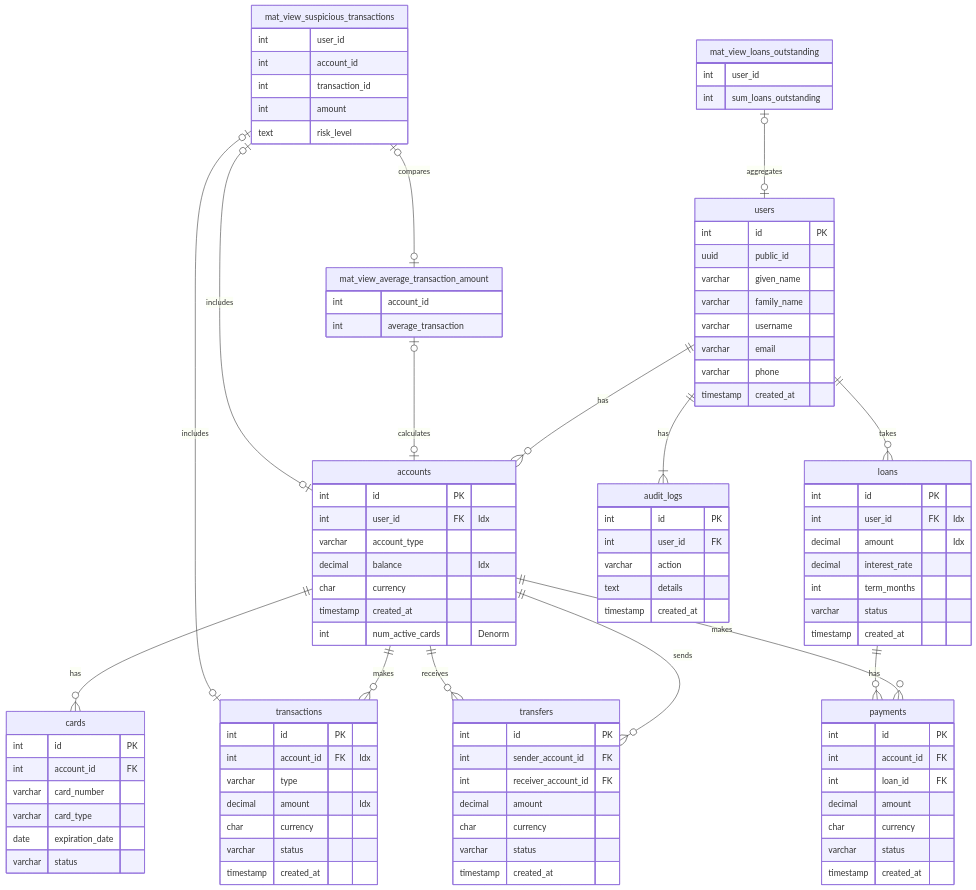
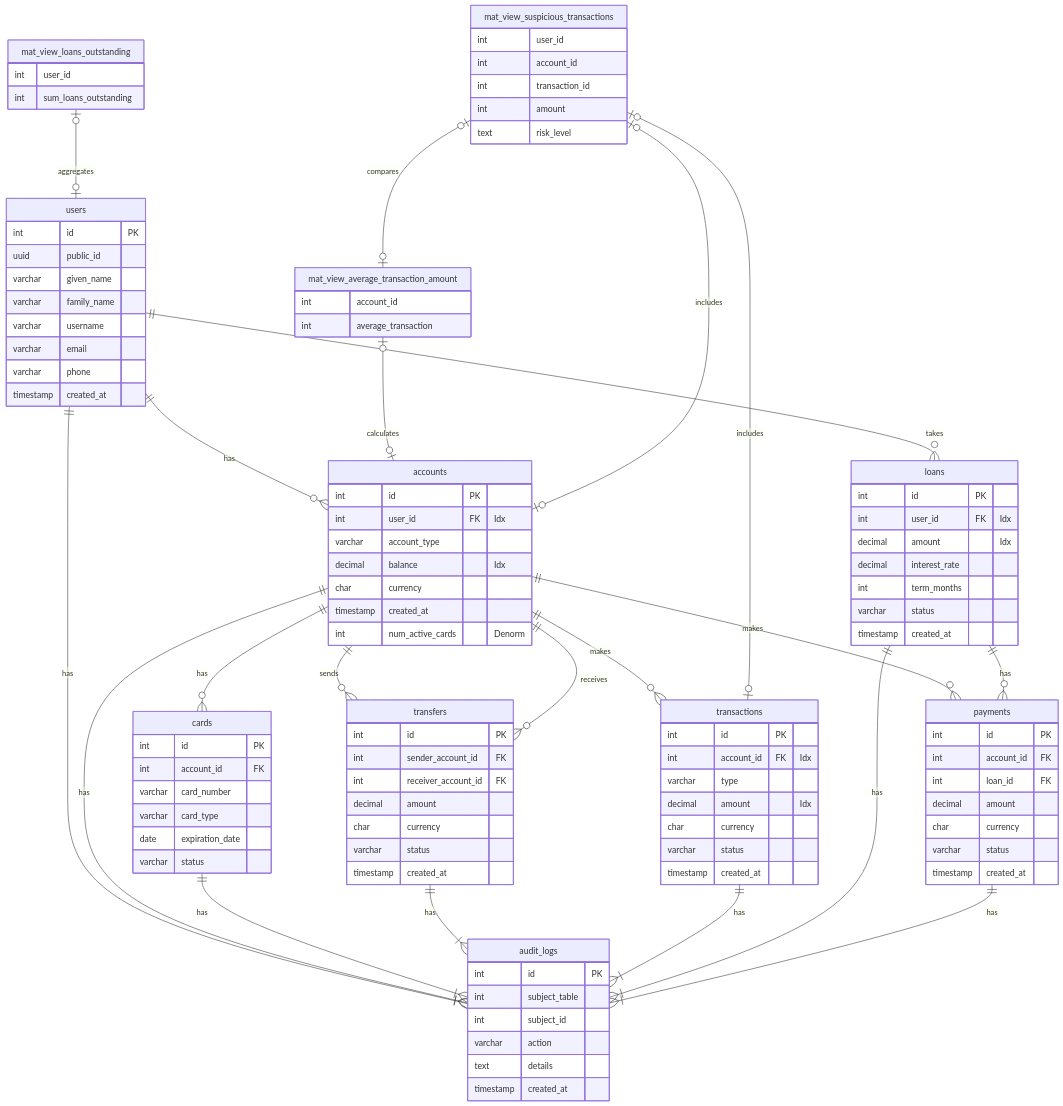
One commit to W-E-Robinson/sql-optimisation-and-caching-experimentation changed the diagram in README.md. Above: the diagram before and after it, drawn with Mermaid. The commit also changed 6 other files, not shown here.

Commit message:
docs: updated mermaid diagram to reflect that all tables have audit logs

```diff
--- a/README.md
+++ b/README.md
@@ -31,6 +31,7 @@
     accounts ||--o{ transfers : receives
     accounts ||--o{ transactions : makes
     accounts ||--o{ payments : makes
+    accounts ||--|{ audit_logs : has
     accounts {
         int id PK
         int user_id FK "Idx"
@@ -41,6 +42,7 @@
         int num_active_cards "Denorm"
     }
 
+    cards ||--|{ audit_logs : has
     cards {
         int id PK
         int account_id FK
@@ -50,6 +52,7 @@
         varchar status
     }
 
+    transfers ||--|{ audit_logs : has
     transfers {
         int id PK
         int sender_account_id FK
@@ -60,6 +63,7 @@
         timestamp created_at
     }
 
+    transactions ||--|{ audit_logs : has
     transactions {
         int id PK
         int account_id FK "Idx"
@@ -70,6 +74,7 @@
         timestamp created_at
     }
 
+    loans ||--|{ audit_logs : has
     loans ||--o{ payments : has
     loans {
         int id PK
@@ -81,6 +86,7 @@
         timestamp created_at
     }
 
+    payments ||--|{ audit_logs : has
     payments {
         int id PK
         int account_id FK
@@ -93,7 +99,8 @@
 
     audit_logs {
         int id PK
-        int user_id FK
+        int subject_table
+        int subject_id
         varchar action
         text details
         timestamp created_at
```
